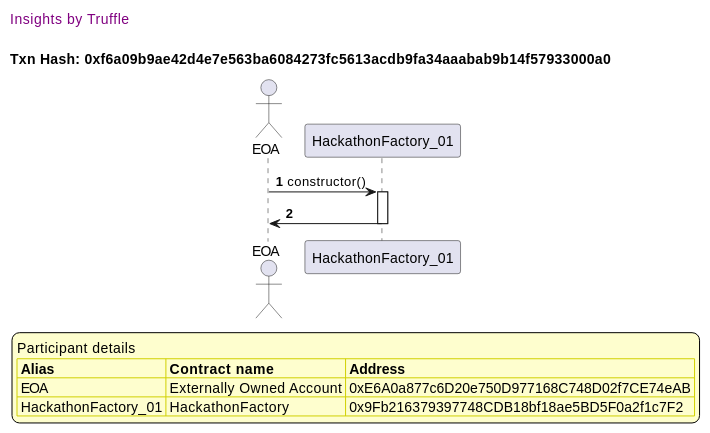
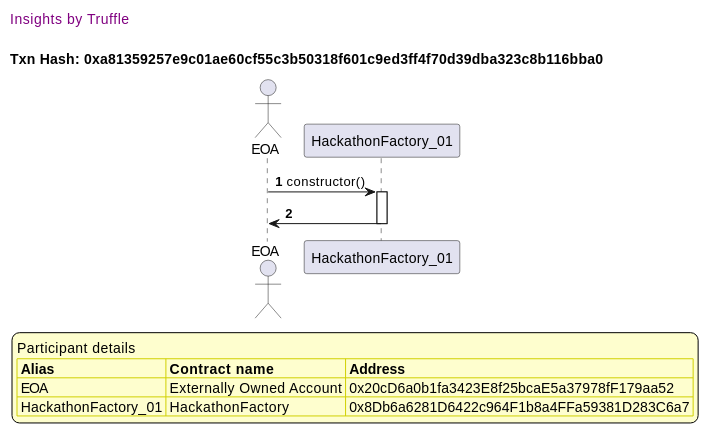
Before and after one commit to fodisi/hackapay: the seventh of 11 diagrams in truffle-seq/factory_hackathonfactory.md, drawn with PlantUML. The commit also changed other lines of this file and 10 other files, not shown here.

````diff
--- a/truffle-seq/factory_hackathonfactory.md
+++ b/truffle-seq/factory_hackathonfactory.md
@@ -337,37 +337,37 @@
 ```plantuml
 
 
 @startuml
 
 autonumber
 skinparam legendBackgroundColor #FEFECE
 
 <style>
       header {
         HorizontalAlignment left
         FontColor purple
         FontSize 14
         Padding 10
       }
     </style>
 
 header Insights by Truffle
 
-title Txn Hash: 0xf6a09b9ae42d4e7e563ba6084273fc5613acdb9fa34aaabab9b14f57933000a0
+title Txn Hash: 0xa81359257e9c01ae60cf55c3b50318f601c9ed3ff4f70d39dba323c8b116bba0
 
 
 actor EOA as "EOA"
 participant HackathonFactory_01 as "HackathonFactory_01"
 
 "EOA" -> "HackathonFactory_01" ++: constructor()
 "HackathonFactory_01" -> "EOA" --: 
 
 legend
 Participant details
 <#FEFECE,#D0D000>|= Alias |= Contract name |= Address |
-<#FEFECE>| EOA | Externally Owned Account | 0xE6A0a877c6D20e750D977168C748D02f7CE74eAB |
-<#FEFECE>| HackathonFactory_01 | HackathonFactory | 0x9Fb216379397748CDB18bf18ae5BD5F0a2f1c7F2 |
+<#FEFECE>| EOA | Externally Owned Account | 0x20cD6a0b1fa3423E8f25bcaE5a37978fF179aa52 |
+<#FEFECE>| HackathonFactory_01 | HackathonFactory | 0x8Db6a6281D6422c964F1b8a4FFa59381D283C6a7 |
 endlegend
 
 @enduml
 ```
````
